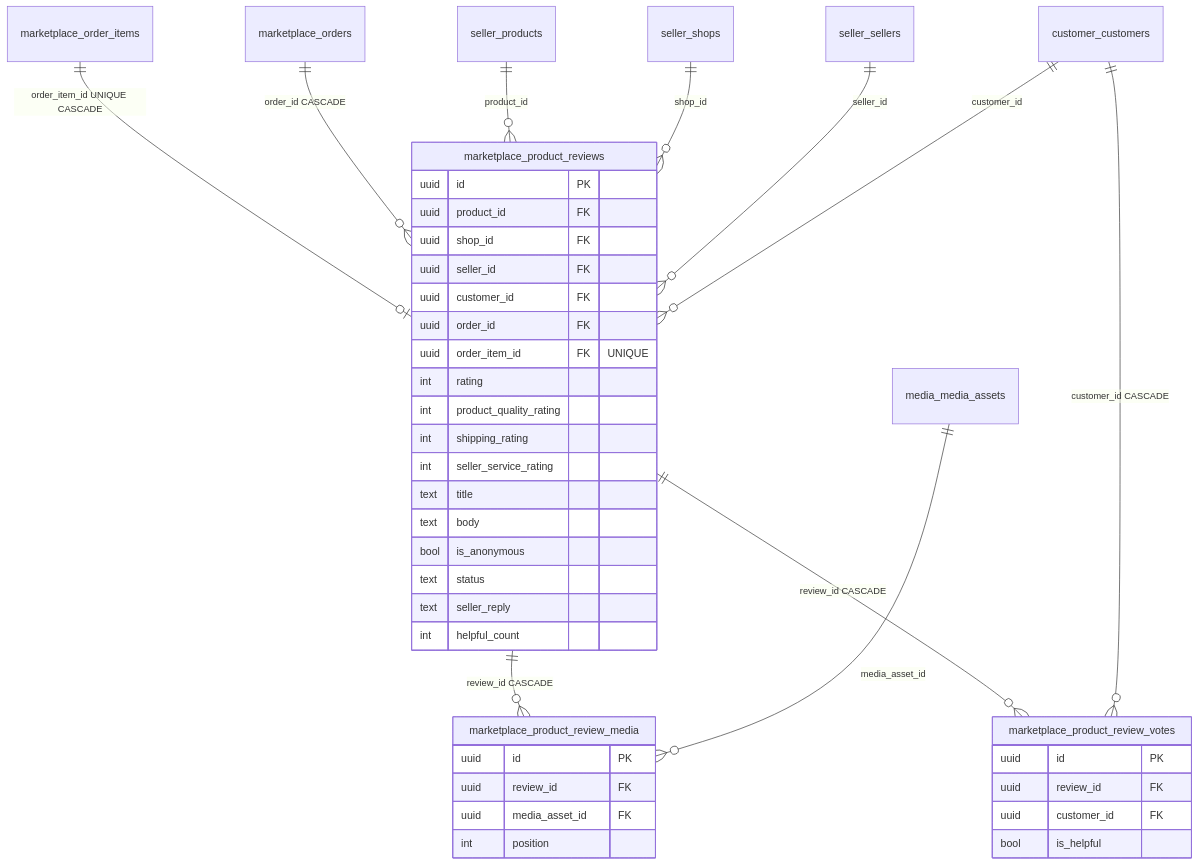
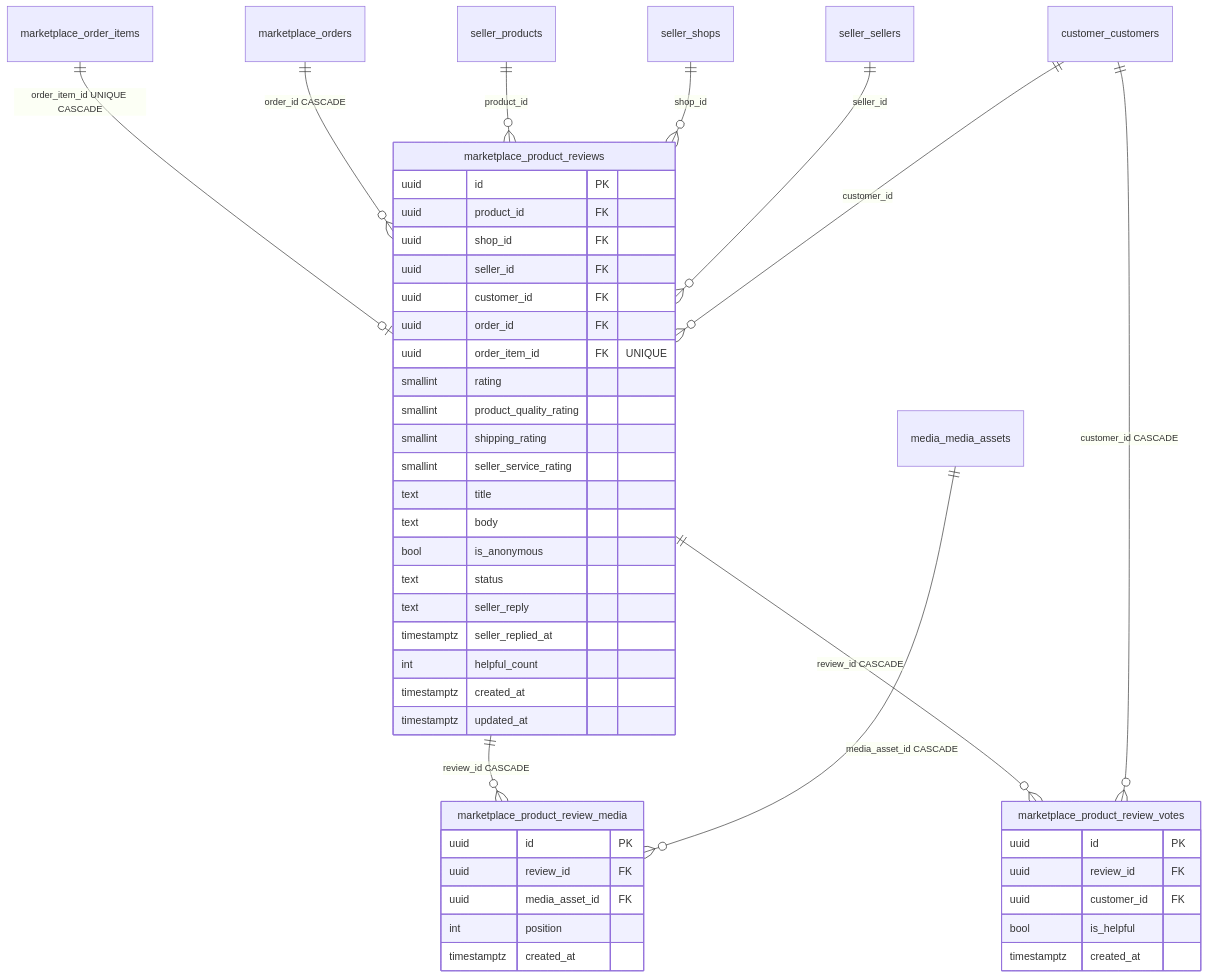
One commit to softdevglobal/send-agift-backend changed the ninth of 12 diagrams in DATABASE_SCHEMA.md. Above: the diagram before and after it, drawn with Mermaid. The commit also changed other lines of this file, not shown here.

Commit message:
Update database schema

````diff
--- a/DATABASE_SCHEMA.md
+++ b/DATABASE_SCHEMA.md
@@ -731,45 +737,50 @@
 ```mermaid
 erDiagram
     marketplace_order_items ||--o| marketplace_product_reviews : "order_item_id UNIQUE CASCADE"
     marketplace_orders ||--o{ marketplace_product_reviews : "order_id CASCADE"
     seller_products ||--o{ marketplace_product_reviews : product_id
     seller_shops ||--o{ marketplace_product_reviews : shop_id
     seller_sellers ||--o{ marketplace_product_reviews : seller_id
     customer_customers ||--o{ marketplace_product_reviews : customer_id
     marketplace_product_reviews ||--o{ marketplace_product_review_media : "review_id CASCADE"
     marketplace_product_reviews ||--o{ marketplace_product_review_votes : "review_id CASCADE"
-    media_media_assets ||--o{ marketplace_product_review_media : media_asset_id
+    media_media_assets ||--o{ marketplace_product_review_media : "media_asset_id CASCADE"
     customer_customers ||--o{ marketplace_product_review_votes : "customer_id CASCADE"
 
     marketplace_product_reviews {
         uuid id PK
         uuid product_id FK
         uuid shop_id FK
         uuid seller_id FK
         uuid customer_id FK
         uuid order_id FK
         uuid order_item_id FK "UNIQUE"
-        int rating
-        int product_quality_rating
-        int shipping_rating
-        int seller_service_rating
+        smallint rating
+        smallint product_quality_rating
+        smallint shipping_rating
+        smallint seller_service_rating
         text title
         text body
         bool is_anonymous
         text status
         text seller_reply
+        timestamptz seller_replied_at
         int helpful_count
+        timestamptz created_at
+        timestamptz updated_at
     }
     marketplace_product_review_media {
         uuid id PK
         uuid review_id FK
         uuid media_asset_id FK
         int position
+        timestamptz created_at
     }
     marketplace_product_review_votes {
         uuid id PK
         uuid review_id FK
         uuid customer_id FK
         bool is_helpful
+        timestamptz created_at
     }
 ```
````
